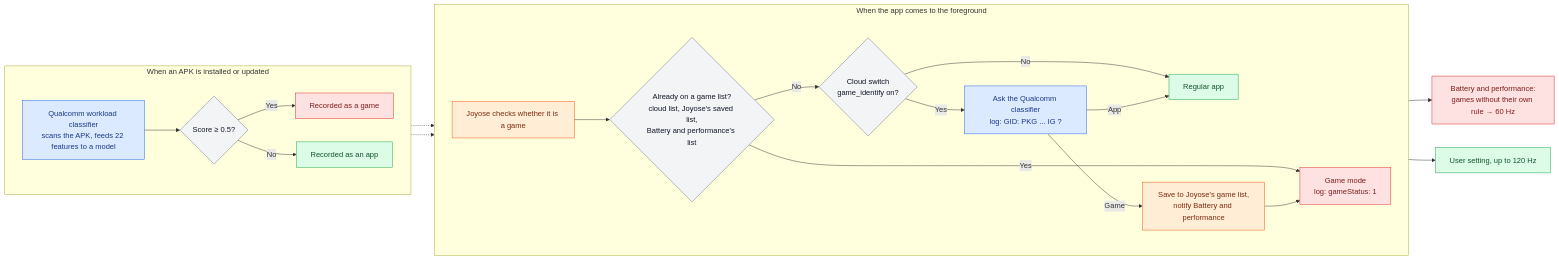
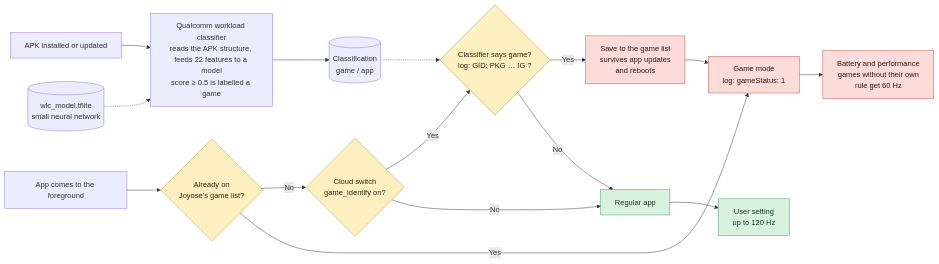
Before and after one commit to ivan17lai/joyose-wheres-my-120hz: the diagram in README.md, drawn with Mermaid. The commit also changed other lines of this file and 1 other file, not shown here.

````diff
--- a/README.md
+++ b/README.md
@@ -10,37 +10,25 @@
 ```mermaid
 flowchart LR
-    subgraph install["When an APK is installed or updated"]
-        direction LR
-        A[Qualcomm workload classifier<br/>scans the APK, feeds 22 features to a model] --> B{Score ≥ 0.5?}
-        B -->|Yes| C[Recorded as a game]
-        B -->|No| D[Recorded as an app]
-    end
+    apk["APK installed or updated"] --> wlc["Qualcomm workload classifier<br/>reads the APK structure, feeds 22 features to a model<br/>score ≥ 0.5 is labelled a game"]
+    model[("wlc_model.tflite<br/>small neural network")] -.-> wlc
+    wlc --> label[("Classification<br/>game / app")]
 
-    subgraph foreground["When the app comes to the foreground"]
-        direction LR
-        F[Joyose checks whether it is a game] --> G{Already on a game list?<br/>cloud list, Joyose's saved list,<br/>Battery and performance's list}
-        G -->|Yes| K[Game mode<br/>log: gameStatus: 1]
-        G -->|No| H{Cloud switch<br/>game_identify on?}
-        H -->|No| L[Regular app]
-        H -->|Yes| I[Ask the Qualcomm classifier<br/>log: GID: PKG ... IG ?]
-        I -->|Game| J[Save to Joyose's game list,<br/>notify Battery and performance]
-        J --> K
-        I -->|App| L
-    end
+    fg["App comes to the foreground"] --> listed{"Already on<br/>Joyose's game list?"}
+    listed -->|No| identify{"Cloud switch<br/>game_identify on?"}
+    identify -->|Yes| ask{"Classifier says game?<br/>log: GID: PKG … IG ?"}
+    label -.-> ask
+    ask -->|Yes| save["Save to the game list<br/>survives app updates<br/>and reboots"]
+    listed -->|Yes| gameMode
+    save --> gameMode["Game mode<br/>log: gameStatus: 1"]
+    gameMode --> cap["Battery and performance<br/>games without their own<br/>rule get 60 Hz"]
+    identify -->|No| normal["Regular app"]
+    ask -->|No| normal
+    normal --> free["User setting<br/>up to 120 Hz"]
 
-    C -.-> I
-    D -.-> I
-    K --> M[Battery and performance:<br/>games without their own rule → 60 Hz]
-    L --> N[User setting, up to 120 Hz]
-
-    classDef qualcomm fill:#dbeafe,stroke:#2563eb,color:#1e3a8a
-    classDef joyose fill:#ffedd5,stroke:#ea580c,color:#7c2d12
-    classDef decision fill:#f3f4f6,stroke:#6b7280,color:#111827
-    classDef game fill:#fee2e2,stroke:#dc2626,color:#7f1d1d
-    classDef ok fill:#dcfce7,stroke:#16a34a,color:#14532d
-    class A,I qualcomm
-    class F,J joyose
-    class B,G,H decision
-    class C,K,M game
-    class D,L,N ok
+    classDef check fill:#fff0c2,stroke:#c78b19,color:#302710
+    classDef bad fill:#fbdcd8,stroke:#c0503f,color:#3d1610
+    classDef good fill:#d9f2df,stroke:#40975a,color:#153920
+    class listed,identify,ask check
+    class save,gameMode,cap bad
+    class normal,free good
 ```
````
